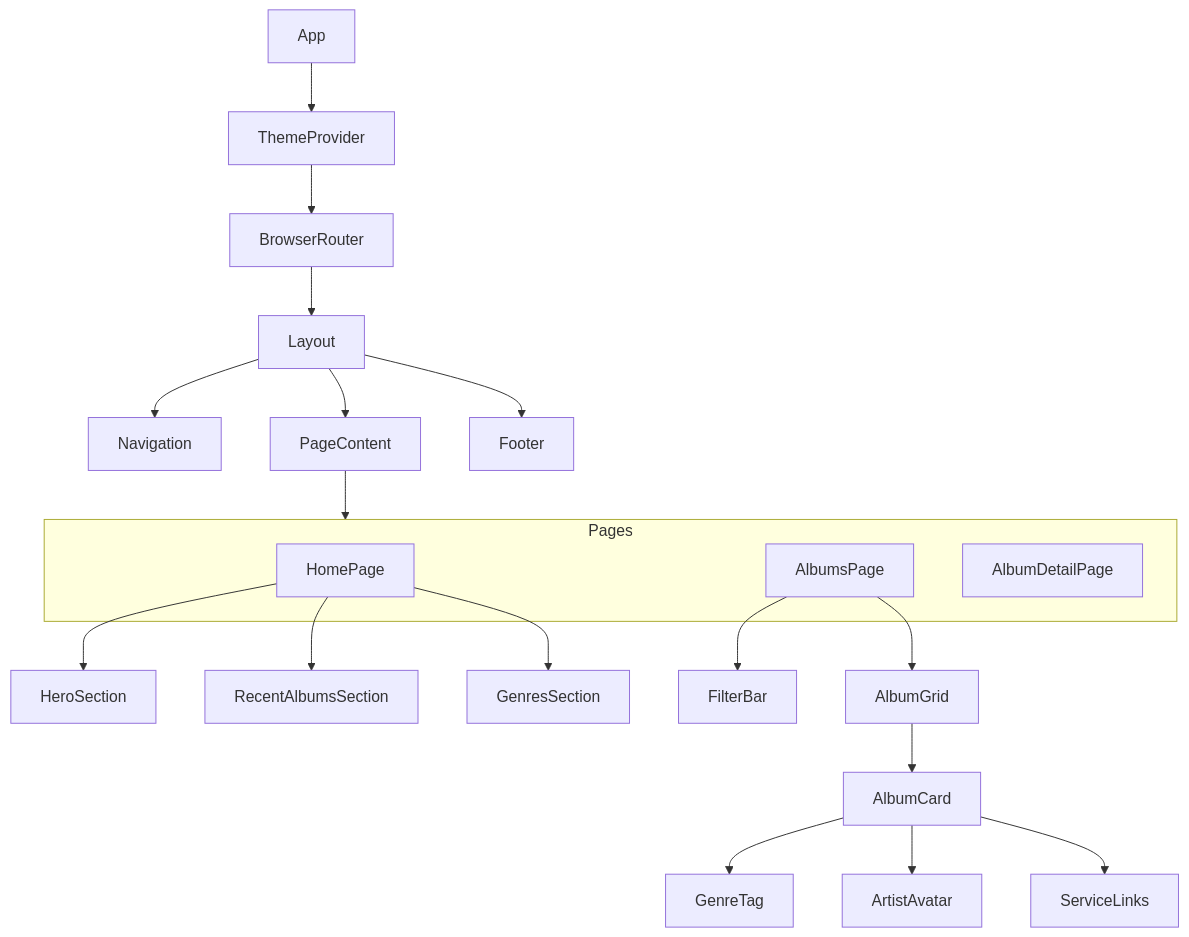
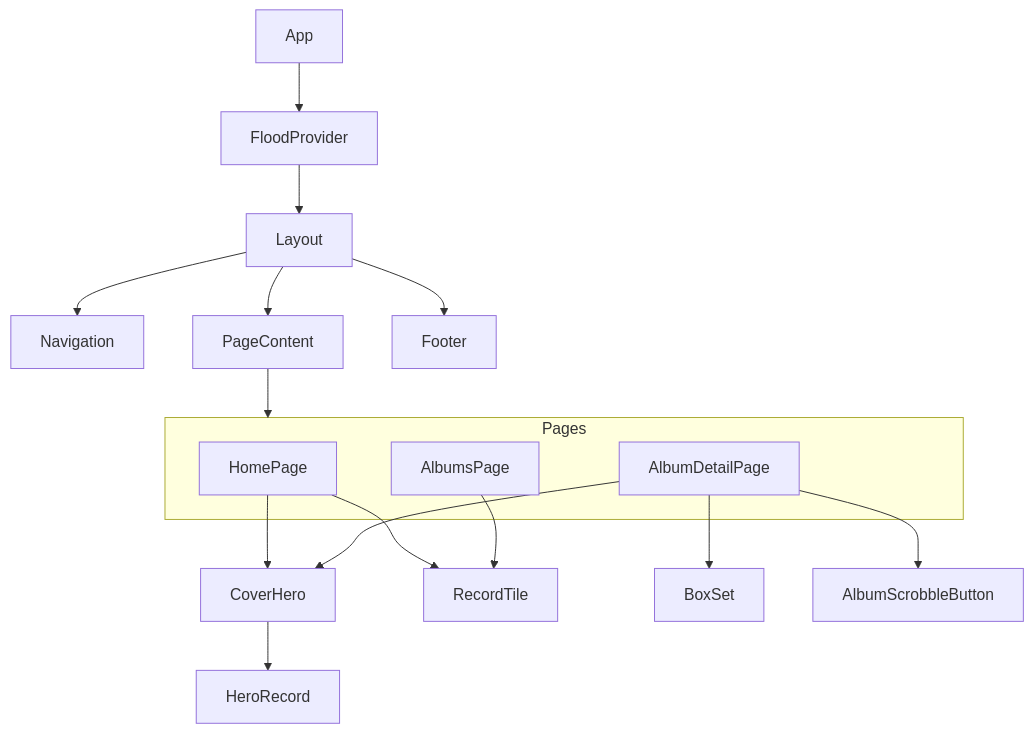
Before and after one commit to russmckendrick/russ-fm: the sixth of 8 diagrams in docs/architecture/README.md, drawn with Mermaid. The commit also changed 9 other files, not shown here.

````diff
--- a/docs/architecture/README.md
+++ b/docs/architecture/README.md
@@ -218,30 +218,27 @@
 ```mermaid
 flowchart TB
-    App --> ThemeProvider
-    ThemeProvider --> BrowserRouter
-    BrowserRouter --> Layout
+    App --> FloodProvider
+    FloodProvider --> Layout
 
     Layout --> Navigation
     Layout --> PageContent
     Layout --> Footer
 
     PageContent --> Pages
 
     subgraph Pages
         HomePage
         AlbumsPage
         AlbumDetailPage
     end
 
-    HomePage --> HeroSection
-    HomePage --> RecentAlbumsSection
-    HomePage --> GenresSection
+    HomePage --> CoverHero
+    HomePage --> RecordTile
+    CoverHero --> HeroRecord
 
-    AlbumsPage --> FilterBar
-    AlbumsPage --> AlbumGrid
-    AlbumGrid --> AlbumCard
+    AlbumsPage --> RecordTile
 
-    AlbumCard --> GenreTag
-    AlbumCard --> ArtistAvatar
-    AlbumCard --> ServiceLinks
+    AlbumDetailPage --> CoverHero
+    AlbumDetailPage --> BoxSet
+    AlbumDetailPage --> AlbumScrobbleButton
 ```
````
